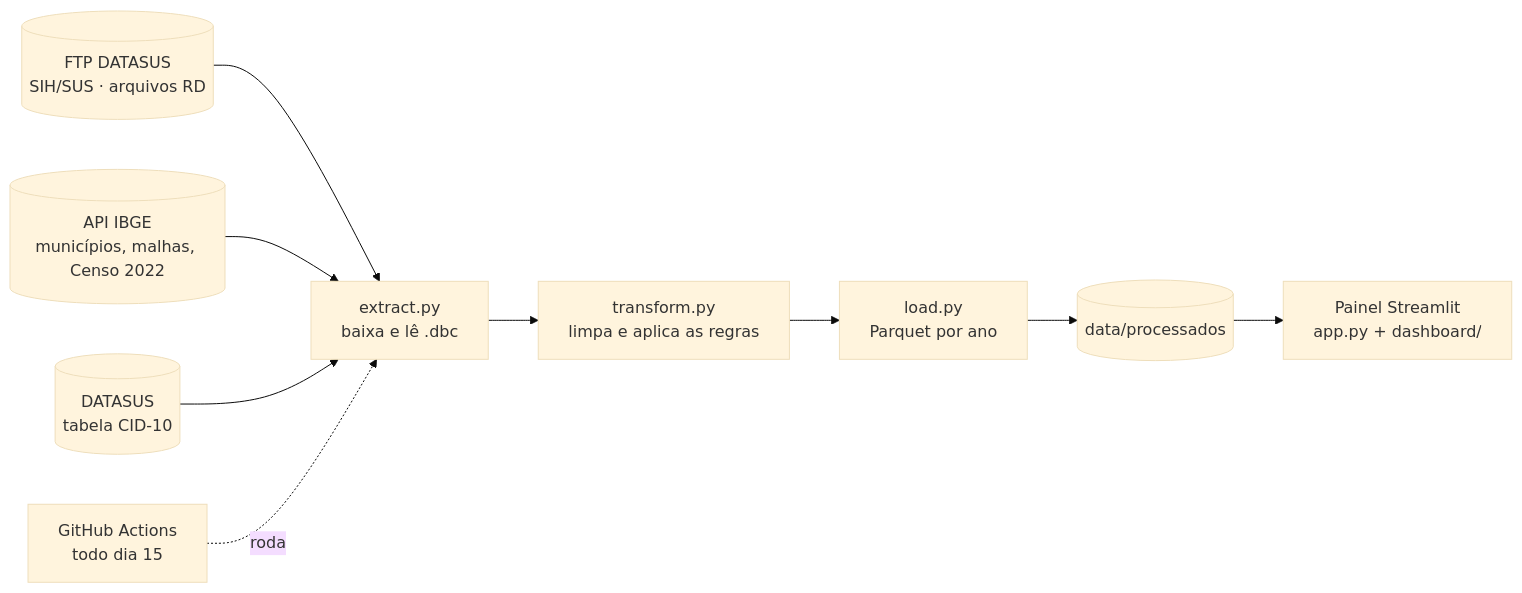
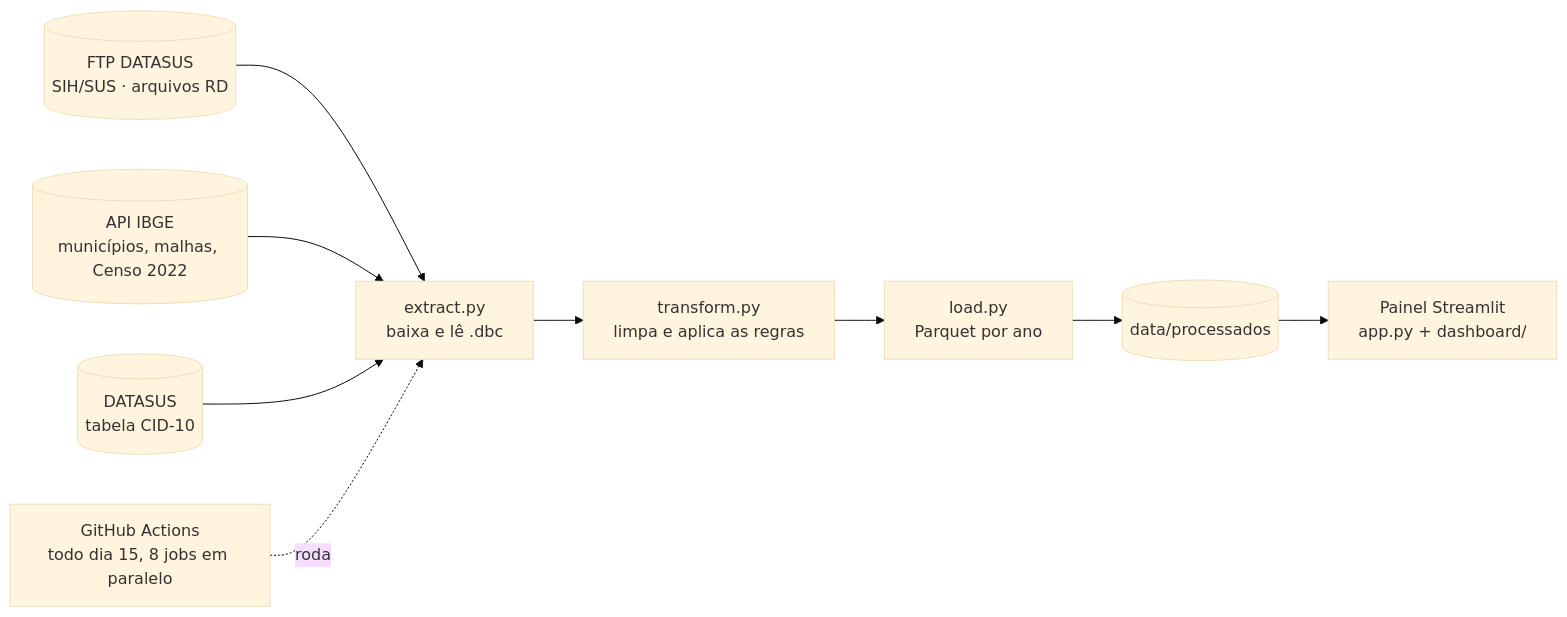
Before and after one commit to AdryanSilva1/sus-hospital-analytics: the diagram in README.md, drawn with Mermaid (base theme). The commit also changed other lines of this file and 2 other files, not shown here.

````diff
--- a/README.md
+++ b/README.md
@@ -45,11 +45,11 @@
 ```mermaid
 flowchart LR
     A[(FTP DATASUS<br/>SIH/SUS · arquivos RD)] --> E
     B[(API IBGE<br/>municípios, malhas, Censo 2022)] --> E
     C[(DATASUS<br/>tabela CID-10)] --> E
     E[extract.py<br/>baixa e lê .dbc] --> T[transform.py<br/>limpa e aplica as regras]
     T --> L[load.py<br/>Parquet por ano]
     L --> P[(data/processados)]
     P --> D[Painel Streamlit<br/>app.py + dashboard/]
-    G[GitHub Actions<br/>todo dia 15] -.roda.-> E
+    G[GitHub Actions<br/>todo dia 15, 8 jobs em paralelo] -.roda.-> E
 ```
````
